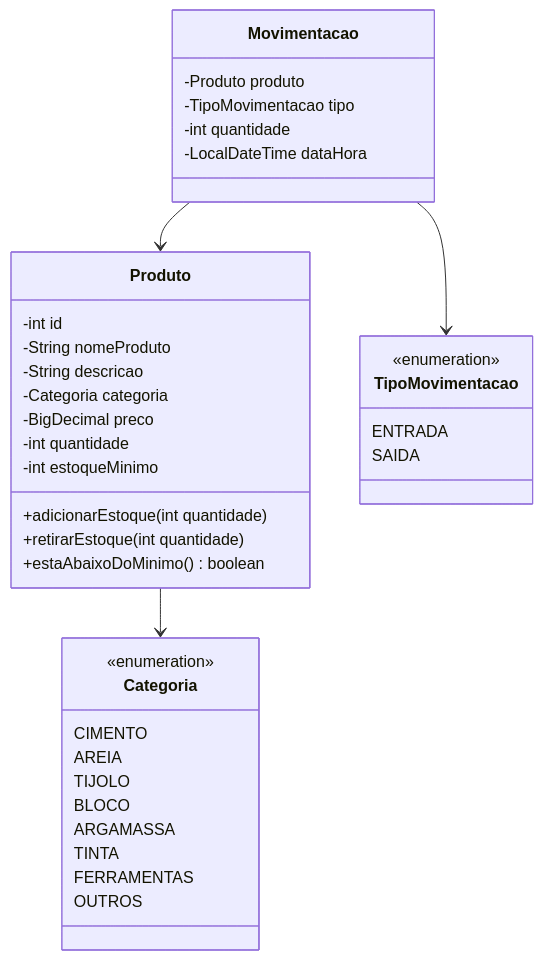
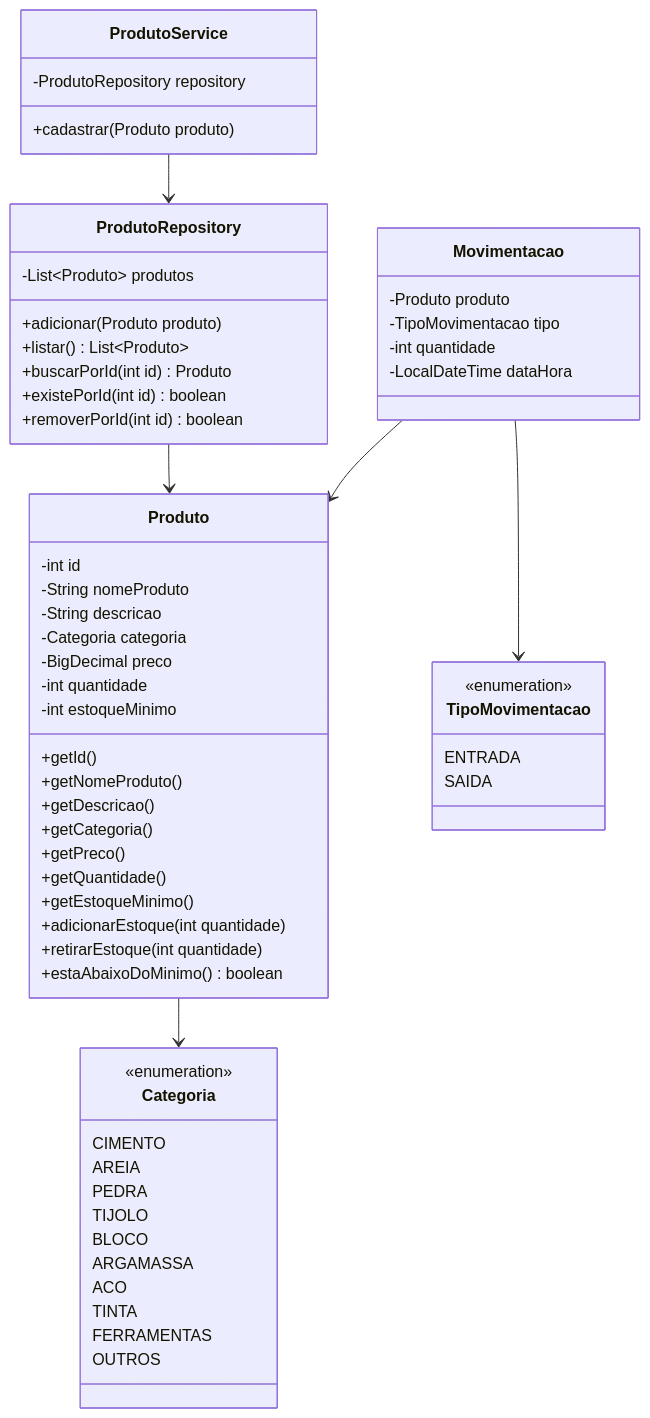
The diagram in README.md (castilhoz/controle-estoque-cli), drawn with Mermaid before and after one commit. The commit also changed other lines of this file and 1 other file, not shown here.

Commit message:
repository inicialmente implementado

````diff
--- a/README.md
+++ b/README.md
@@ -182,44 +251,69 @@
 ```mermaid
 classDiagram
     class Produto {
         -int id
         -String nomeProduto
         -String descricao
         -Categoria categoria
         -BigDecimal preco
         -int quantidade
         -int estoqueMinimo
+        +getId()
+        +getNomeProduto()
+        +getDescricao()
+        +getCategoria()
+        +getPreco()
+        +getQuantidade()
+        +getEstoqueMinimo()
         +adicionarEstoque(int quantidade)
         +retirarEstoque(int quantidade)
         +estaAbaixoDoMinimo() boolean
     }
 
     class Categoria {
         <<enumeration>>
         CIMENTO
         AREIA
+        PEDRA
         TIJOLO
         BLOCO
         ARGAMASSA
+        ACO
         TINTA
         FERRAMENTAS
         OUTROS
+    }
+
+    class ProdutoRepository {
+        -List~Produto~ produtos
+        +adicionar(Produto produto)
+        +listar() List~Produto~
+        +buscarPorId(int id) Produto
+        +existePorId(int id) boolean
+        +removerPorId(int id) boolean
+    }
+
+    class ProdutoService {
+        -ProdutoRepository repository
+        +cadastrar(Produto produto)
     }
 
     class Movimentacao {
         -Produto produto
         -TipoMovimentacao tipo
         -int quantidade
         -LocalDateTime dataHora
     }
 
     class TipoMovimentacao {
         <<enumeration>>
         ENTRADA
         SAIDA
     }
 
     Produto --> Categoria
+    ProdutoRepository --> Produto
+    ProdutoService --> ProdutoRepository
     Movimentacao --> Produto
     Movimentacao --> TipoMovimentacao
 ```
````
